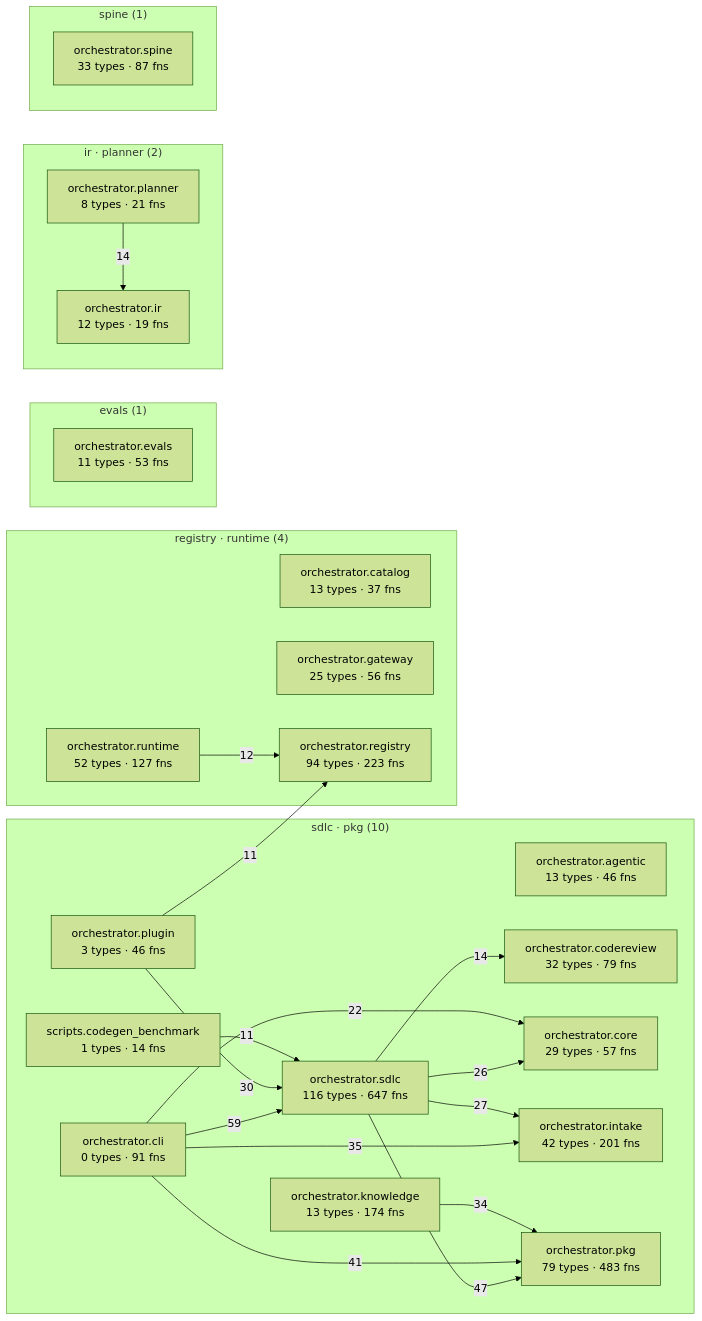
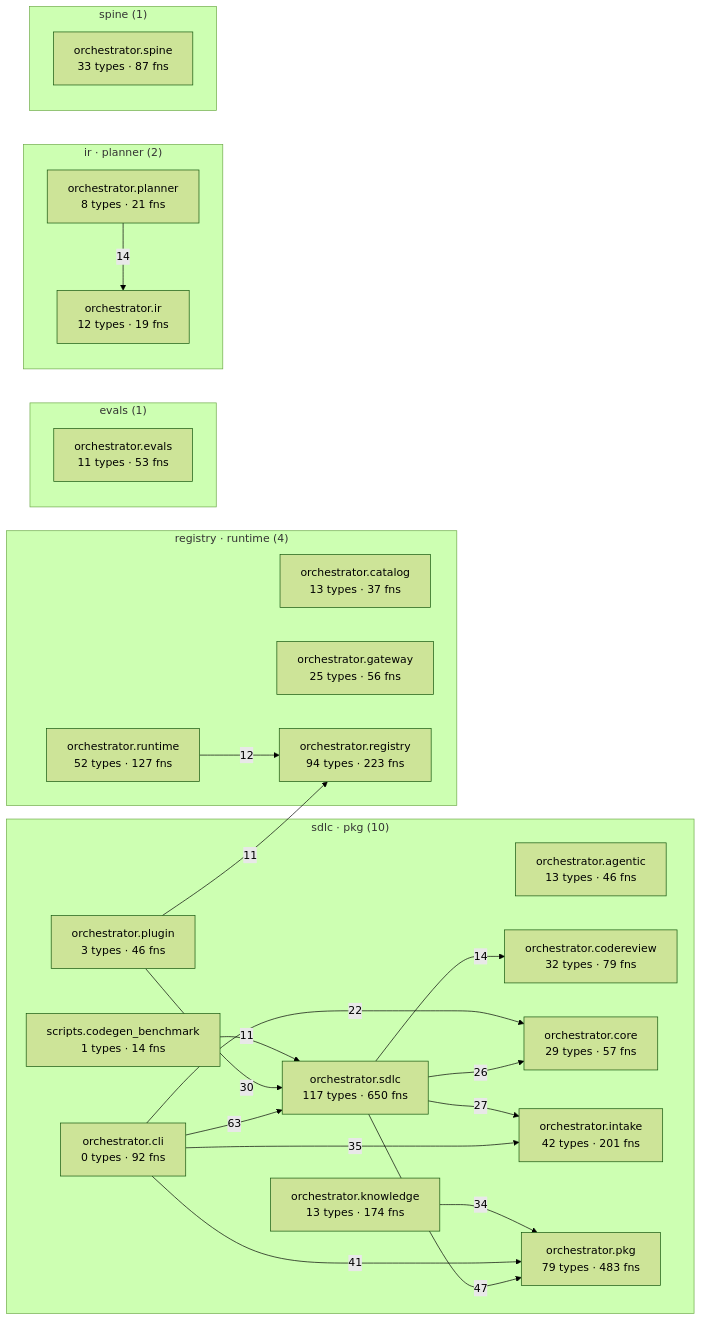
One commit to synaptixs/spine changed the diagram in episteme/architecture.md. Above: the diagram before and after it, drawn with Mermaid (forest theme). The commit also changed other lines of this file and 24 other files, not shown here.

````diff
--- a/episteme/architecture.md
+++ b/episteme/architecture.md
@@ -54,45 +54,45 @@
 ```mermaid
 flowchart LR
   subgraph c_1["sdlc · pkg (10)"]
     aorchestratoragentic["orchestrator.agentic<br/>13 types · 46 fns"]
-    aorchestratorcli["orchestrator.cli<br/>0 types · 91 fns"]
+    aorchestratorcli["orchestrator.cli<br/>0 types · 92 fns"]
     aorchestratorcodereview["orchestrator.codereview<br/>32 types · 79 fns"]
     aorchestratorcore["orchestrator.core<br/>29 types · 57 fns"]
     aorchestratorintake["orchestrator.intake<br/>42 types · 201 fns"]
     aorchestratorknowledge["orchestrator.knowledge<br/>13 types · 174 fns"]
     aorchestratorpkg["orchestrator.pkg<br/>79 types · 483 fns"]
     aorchestratorplugin["orchestrator.plugin<br/>3 types · 46 fns"]
-    aorchestratorsdlc["orchestrator.sdlc<br/>116 types · 647 fns"]
+    aorchestratorsdlc["orchestrator.sdlc<br/>117 types · 650 fns"]
     ascriptscodegenbenchmark["scripts.codegen_benchmark<br/>1 types · 14 fns"]
   end
   subgraph c_3["registry · runtime (4)"]
     aorchestratorcatalog["orchestrator.catalog<br/>13 types · 37 fns"]
     aorchestratorgateway["orchestrator.gateway<br/>25 types · 56 fns"]
     aorchestratorregistry["orchestrator.registry<br/>94 types · 223 fns"]
     aorchestratorruntime["orchestrator.runtime<br/>52 types · 127 fns"]
   end
   subgraph c_5["evals (1)"]
     aorchestratorevals["orchestrator.evals<br/>11 types · 53 fns"]
   end
   subgraph c_7["ir · planner (2)"]
     aorchestratorir["orchestrator.ir<br/>12 types · 19 fns"]
     aorchestratorplanner["orchestrator.planner<br/>8 types · 21 fns"]
   end
   subgraph c_10["spine (1)"]
     aorchestratorspine["orchestrator.spine<br/>33 types · 87 fns"]
   end
-  aorchestratorcli -->|59| aorchestratorsdlc
+  aorchestratorcli -->|63| aorchestratorsdlc
   aorchestratorsdlc -->|47| aorchestratorpkg
   aorchestratorcli -->|41| aorchestratorpkg
   aorchestratorcli -->|35| aorchestratorintake
   aorchestratorknowledge -->|34| aorchestratorpkg
   aorchestratorplugin -->|30| aorchestratorsdlc
   aorchestratorsdlc -->|27| aorchestratorintake
   aorchestratorsdlc -->|26| aorchestratorcore
   aorchestratorcli -->|22| aorchestratorcore
   aorchestratorplanner -->|14| aorchestratorir
   aorchestratorsdlc -->|14| aorchestratorcodereview
   aorchestratorruntime -->|12| aorchestratorregistry
   ascriptscodegenbenchmark -->|11| aorchestratorsdlc
   aorchestratorplugin -->|11| aorchestratorregistry
 ```
````
